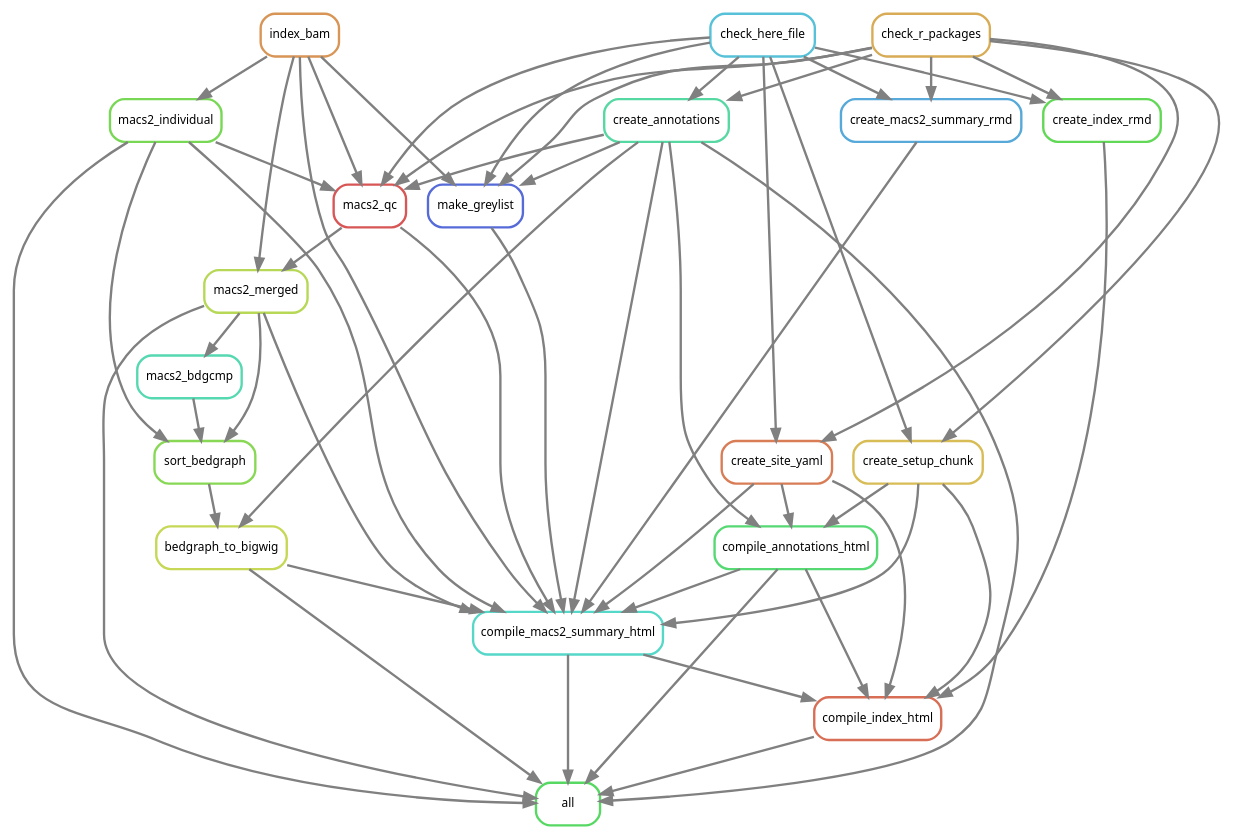
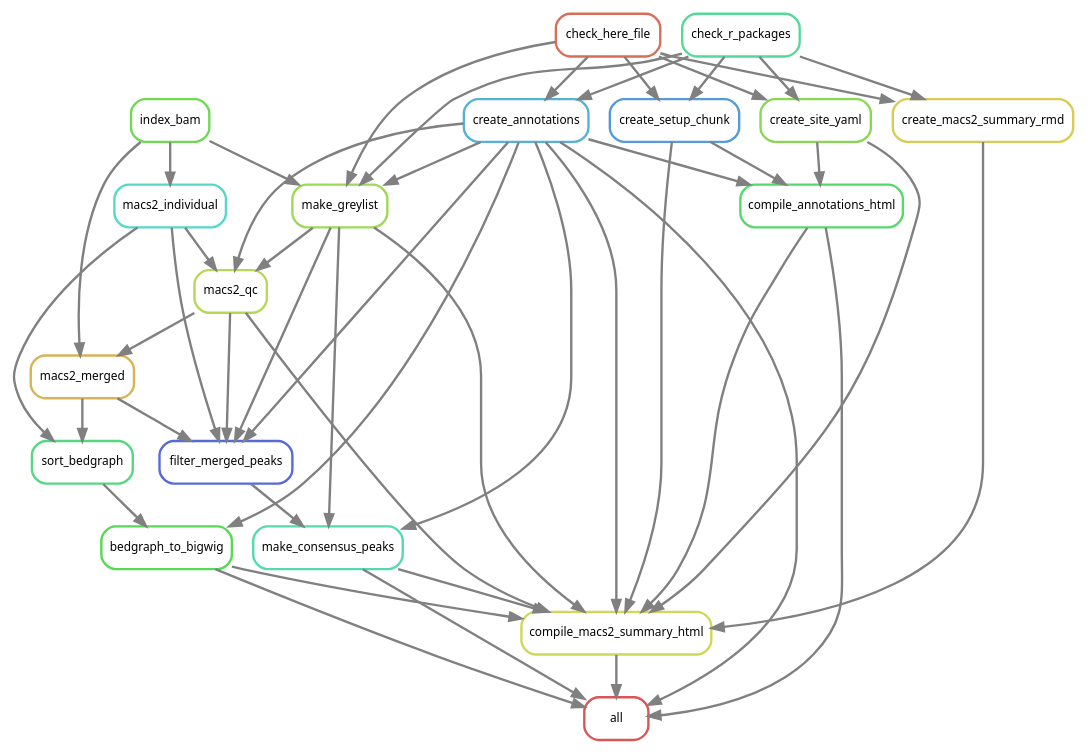
The diagram in workflow/rules/rulegraph.dot (smped/GRAVI), drawn with Graphviz before and after one commit. The commit also changed 14 other files, not shown here.

```diff
--- a/workflow/rules/rulegraph.dot
+++ b/workflow/rules/rulegraph.dot
@@ -1,78 +1,70 @@
 digraph snakemake_dag {
     graph[bgcolor=white, margin=0];
     node[shape=box, style=rounded, fontname=sans,                 fontsize=10, penwidth=2];
     edge[penwidth=2, color=grey];
-	0[label = "all", color = "0.35 0.6 0.85", style="rounded"];
-	1[label = "compile_annotations_html", color = "0.37 0.6 0.85", style="rounded"];
-	2[label = "create_annotations", color = "0.43 0.6 0.85", style="rounded"];
-	3[label = "check_here_file", color = "0.53 0.6 0.85", style="rounded"];
-	4[label = "check_r_packages", color = "0.11 0.6 0.85", style="rounded"];
-	5[label = "create_setup_chunk", color = "0.13 0.6 0.85", style="rounded"];
-	6[label = "create_site_yaml", color = "0.05 0.6 0.85", style="rounded"];
-	7[label = "compile_macs2_summary_html", color = "0.48 0.6 0.85", style="rounded"];
-	8[label = "index_bam", color = "0.08 0.6 0.85", style="rounded"];
-	9[label = "bedgraph_to_bigwig", color = "0.19 0.6 0.85", style="rounded"];
-	10[label = "sort_bedgraph", color = "0.27 0.6 0.85", style="rounded"];
-	11[label = "macs2_merged", color = "0.21 0.6 0.85", style="rounded"];
-	12[label = "macs2_qc", color = "0.00 0.6 0.85", style="rounded"];
-	13[label = "macs2_individual", color = "0.29 0.6 0.85", style="rounded"];
-	14[label = "make_greylist", color = "0.64 0.6 0.85", style="rounded"];
-	15[label = "create_macs2_summary_rmd", color = "0.56 0.6 0.85", style="rounded"];
-	16[label = "compile_index_html", color = "0.03 0.6 0.85", style="rounded"];
-	17[label = "create_index_rmd", color = "0.32 0.6 0.85", style="rounded"];
-	18[label = "macs2_bdgcmp", color = "0.45 0.6 0.85", style="rounded"];
-	13 -> 0
-	16 -> 0
-	11 -> 0
+	0[label = "all", color = "0.00 0.6 0.85", style="rounded"];
+	1[label = "compile_annotations_html", color = "0.36 0.6 0.85", style="rounded"];
+	2[label = "create_annotations", color = "0.55 0.6 0.85", style="rounded"];
+	3[label = "check_here_file", color = "0.03 0.6 0.85", style="rounded"];
+	4[label = "check_r_packages", color = "0.42 0.6 0.85", style="rounded"];
+	5[label = "create_setup_chunk", color = "0.58 0.6 0.85", style="rounded"];
+	6[label = "create_site_yaml", color = "0.27 0.6 0.85", style="rounded"];
+	7[label = "compile_macs2_summary_html", color = "0.18 0.6 0.85", style="rounded"];
+	8[label = "bedgraph_to_bigwig", color = "0.33 0.6 0.85", style="rounded"];
+	9[label = "sort_bedgraph", color = "0.39 0.6 0.85", style="rounded"];
+	10[label = "macs2_merged", color = "0.12 0.6 0.85", style="rounded"];
+	11[label = "index_bam", color = "0.30 0.6 0.85", style="rounded"];
+	12[label = "macs2_qc", color = "0.21 0.6 0.85", style="rounded"];
+	13[label = "make_greylist", color = "0.24 0.6 0.85", style="rounded"];
+	14[label = "macs2_individual", color = "0.48 0.6 0.85", style="rounded"];
+	15[label = "make_consensus_peaks", color = "0.45 0.6 0.85", style="rounded"];
+	16[label = "filter_merged_peaks", color = "0.64 0.6 0.85", style="rounded"];
+	17[label = "create_macs2_summary_rmd", color = "0.15 0.6 0.85", style="rounded"];
+	7 -> 0
+	15 -> 0
+	8 -> 0
 	1 -> 0
-	7 -> 0
-	9 -> 0
 	2 -> 0
 	6 -> 1
 	2 -> 1
 	5 -> 1
 	4 -> 2
 	3 -> 2
 	4 -> 5
 	3 -> 5
 	4 -> 6
 	3 -> 6
-	13 -> 7
+	17 -> 7
 	12 -> 7
-	11 -> 7
-	6 -> 7
-	8 -> 7
 	5 -> 7
 	15 -> 7
+	8 -> 7
+	13 -> 7
+	6 -> 7
 	1 -> 7
-	9 -> 7
 	2 -> 7
-	14 -> 7
+	9 -> 8
+	2 -> 8
+	14 -> 9
 	10 -> 9
-	2 -> 9
-	13 -> 10
+	12 -> 10
 	11 -> 10
-	18 -> 10
-	8 -> 11
-	12 -> 11
 	13 -> 12
-	8 -> 12
-	4 -> 12
-	3 -> 12
+	14 -> 12
 	2 -> 12
-	8 -> 13
-	8 -> 14
-	2 -> 14
-	4 -> 14
-	3 -> 14
-	4 -> 15
-	3 -> 15
-	6 -> 16
-	17 -> 16
-	5 -> 16
-	1 -> 16
-	7 -> 16
+	11 -> 13
+	4 -> 13
+	2 -> 13
+	3 -> 13
+	11 -> 14
+	2 -> 15
+	13 -> 15
+	16 -> 15
+	12 -> 16
+	13 -> 16
+	10 -> 16
+	14 -> 16
+	2 -> 16
 	4 -> 17
 	3 -> 17
-	11 -> 18
 }            
```
